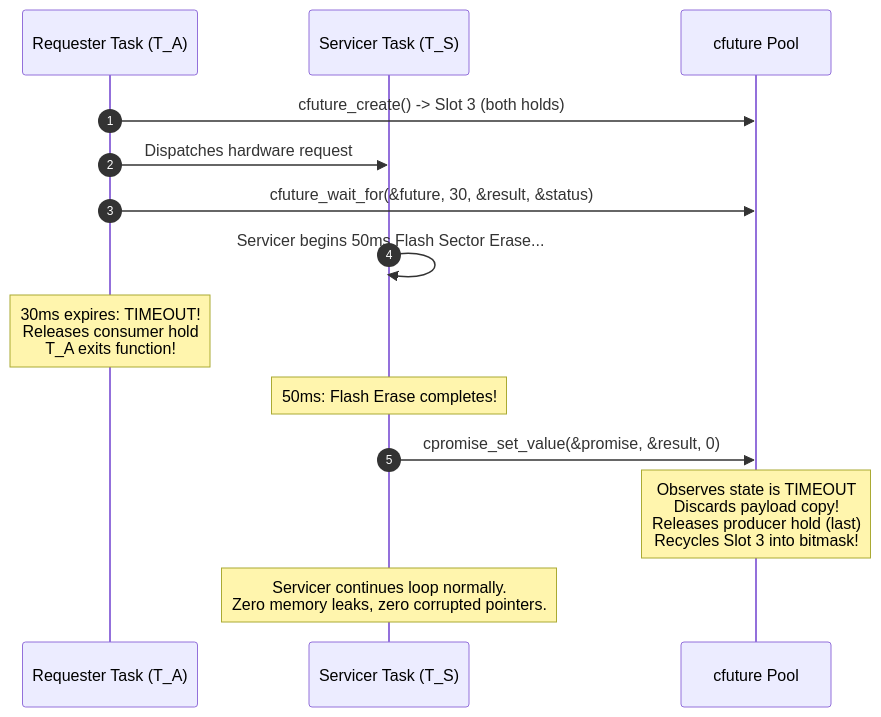
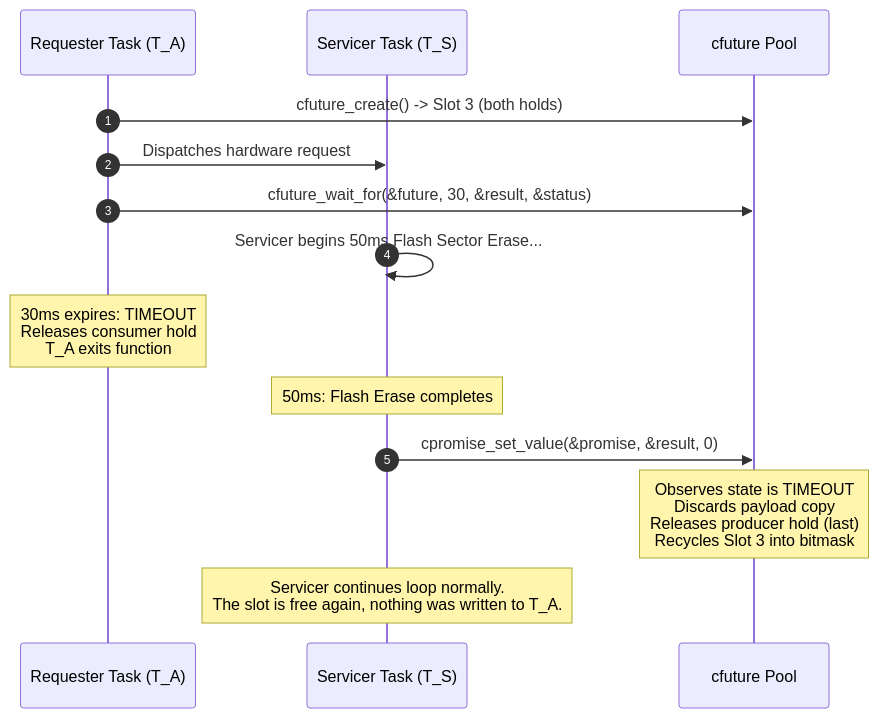
The fifth of 6 diagrams in README.md (Mrunmoy/janus), drawn with Mermaid before and after one commit. The commit also changed other lines of this file, not shown here.

````diff
--- a/README.md
+++ b/README.md
@@ -440,17 +476,17 @@
 ```mermaid
 sequenceDiagram
     autonumber
     participant A as Requester Task (T_A)
     participant S as Servicer Task (T_S)
     participant P as cfuture Pool
 
     A->>P: cfuture_create() -> Slot 3 (both holds)
     A->>S: Dispatches hardware request
     A->>P: cfuture_wait_for(&future, 30, &result, &status)
     S->>S: Servicer begins 50ms Flash Sector Erase...
-    Note over A: 30ms expires: TIMEOUT!<br/>Releases consumer hold<br/>T_A exits function!
-    Note over S: 50ms: Flash Erase completes!
+    Note over A: 30ms expires: TIMEOUT<br/>Releases consumer hold<br/>T_A exits function
+    Note over S: 50ms: Flash Erase completes
     S->>P: cpromise_set_value(&promise, &result, 0)
-    Note over P: Observes state is TIMEOUT<br/>Discards payload copy!<br/>Releases producer hold (last)<br/>Recycles Slot 3 into bitmask!
-    Note over S: Servicer continues loop normally.<br/>Zero memory leaks, zero corrupted pointers.
+    Note over P: Observes state is TIMEOUT<br/>Discards payload copy<br/>Releases producer hold (last)<br/>Recycles Slot 3 into bitmask
+    Note over S: Servicer continues loop normally.<br/>The slot is free again, nothing was written to T_A.
 ```
````
